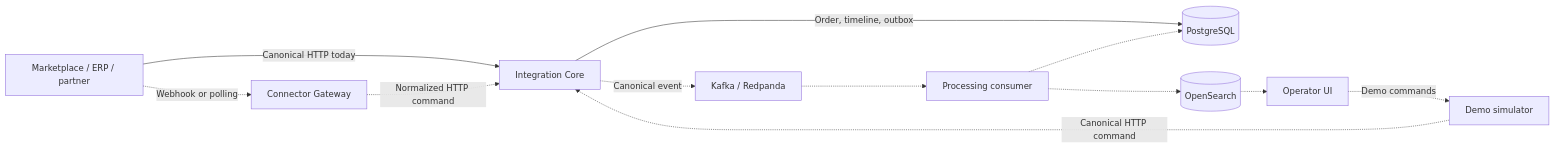
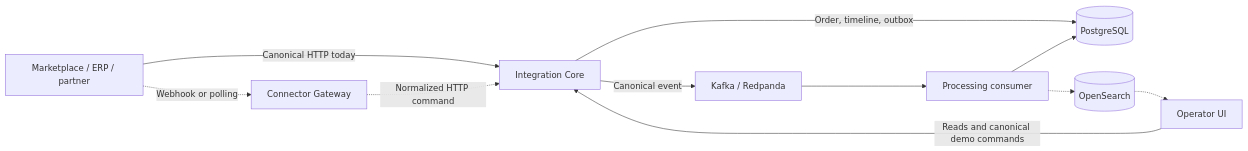
Before and after one commit to PietroRussoD/commerce-integration-hub: the diagram in docs/product-overview.md, drawn with Mermaid. The commit also changed other lines of this file and 3 other files, not shown here.

````diff
--- a/docs/product-overview.md
+++ b/docs/product-overview.md
@@ -44,24 +45,21 @@
 ```mermaid
 flowchart LR
     Source[Marketplace / ERP / partner]
     Gateway[Connector Gateway]
     Core[Integration Core]
     Database[(PostgreSQL)]
     Broker[Kafka / Redpanda]
     Processor[Processing consumer]
     Search[(OpenSearch)]
     UI[Operator UI]
-    Simulator[Demo simulator]
-
     Source -->|Canonical HTTP today| Core
     Source -.->|Webhook or polling| Gateway
     Gateway -.->|Normalized HTTP command| Core
     Core -->|Order, timeline, outbox| Database
-    Core -.->|Canonical event| Broker
-    Broker -.-> Processor
-    Processor -.-> Database
+    Core -->|Canonical event| Broker
+    Broker --> Processor
+    Processor --> Database
     Processor -.-> Search
     Search -.-> UI
-    UI -.->|Demo commands| Simulator
-    Simulator -.->|Canonical HTTP command| Core
+    UI -->|Reads and canonical demo commands| Core
 ```
````
